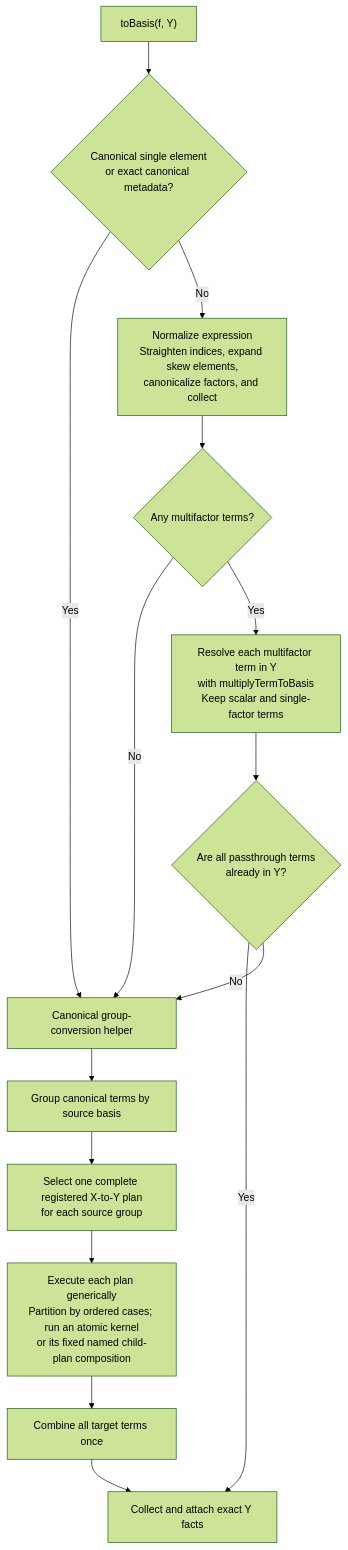
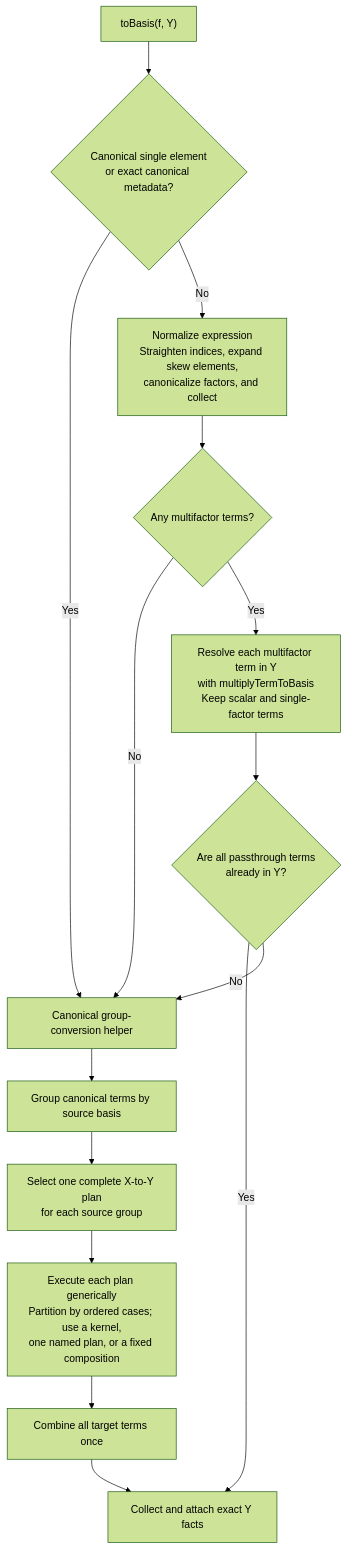
One commit to j-graf/M2 changed the first of 5 diagrams in M2/Macaulay2/e/symmetric-rings/README-pipelines.md. Above: the diagram before and after it, drawn with Mermaid (forest theme). The commit also changed other lines of this file and 28 other files, not shown here.

````diff
--- a/M2/Macaulay2/e/symmetric-rings/README-pipelines.md
+++ b/M2/Macaulay2/e/symmetric-rings/README-pipelines.md
@@ -18,21 +18,21 @@
 ```mermaid
 flowchart TD
     A["toBasis(f, Y)"] --> B{"Canonical single element<br/>or exact canonical metadata?"}
 
     B -->|"Yes"| G["Canonical group-conversion helper"]
     B -->|"No"| C["Normalize expression<br/>Straighten indices, expand skew elements,<br/>canonicalize factors, and collect"]
 
     C --> D{"Any multifactor terms?"}
     D -->|"No"| G
     D -->|"Yes"| E["Resolve each multifactor term in Y<br/>with multiplyTermToBasis<br/>Keep scalar and single-factor terms"]
 
     E --> F{"Are all passthrough terms<br/>already in Y?"}
     F -->|"Yes"| R["Collect and attach exact Y facts"]
     F -->|"No"| G
 
     G --> H["Group canonical terms by source basis"]
-    H --> L["Select one complete registered X-to-Y plan<br/>for each source group"]
-    L --> M["Execute each plan generically<br/>Partition by ordered cases; run an atomic kernel<br/>or its fixed named child-plan composition"]
+    H --> L["Select one complete X-to-Y plan<br/>for each source group"]
+    L --> M["Execute each plan generically<br/>Partition by ordered cases; use a kernel,<br/>one named plan, or a fixed composition"]
     M --> N["Combine all target terms once"]
     N --> R
 ```
````
